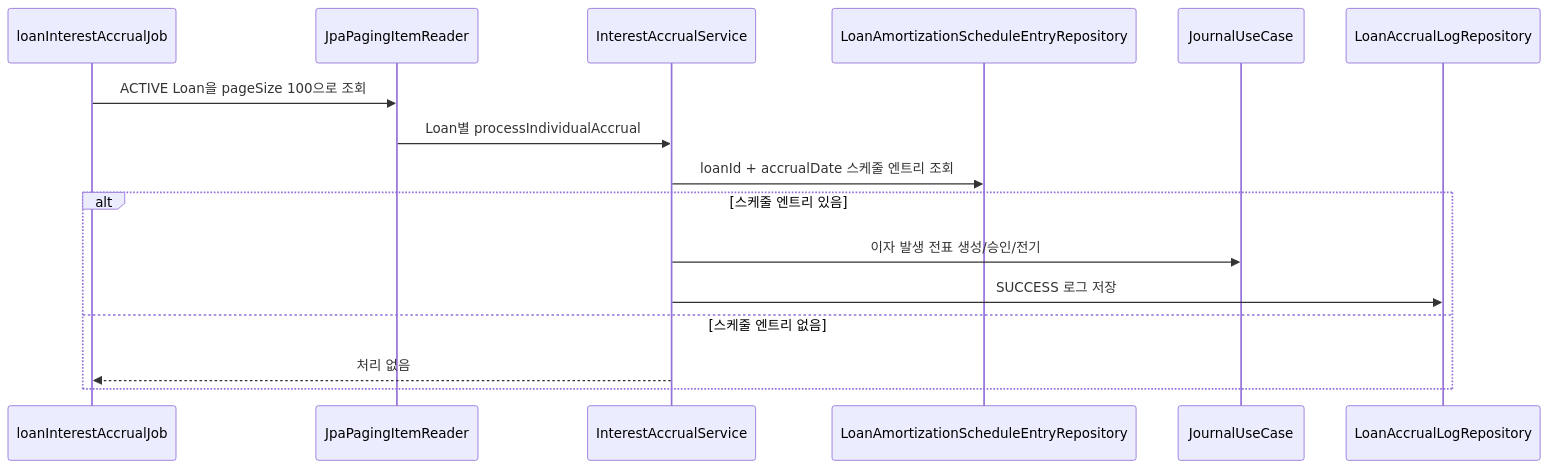
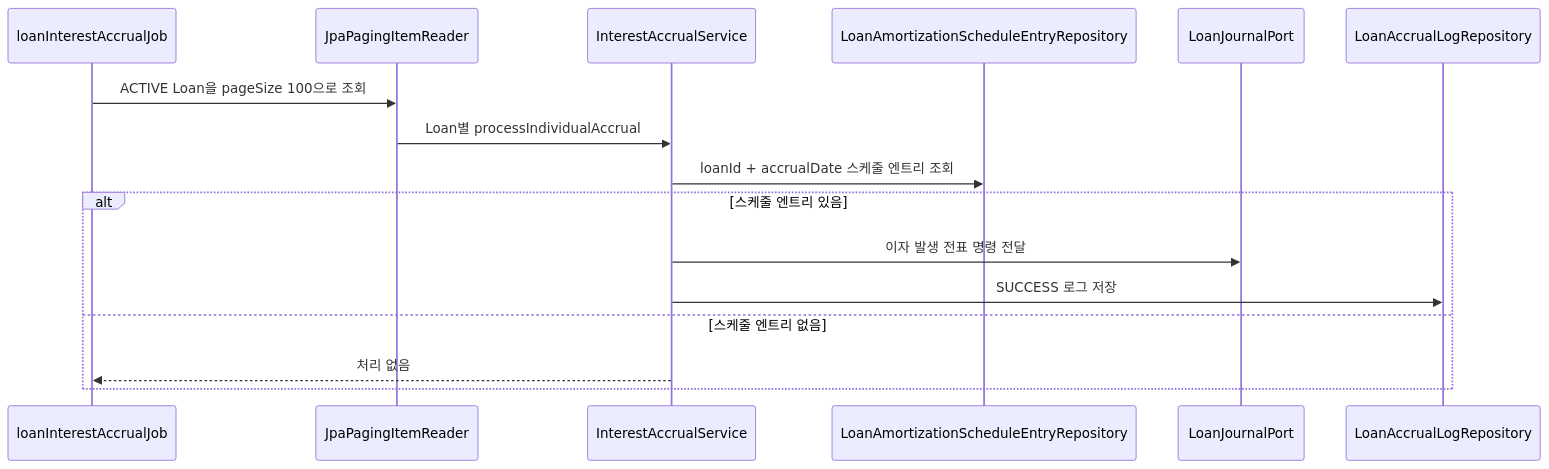
One commit to skyg547/account changed the fourth of 4 diagrams in loan/docs/process-flow.md. Above: the diagram before and after it, drawn with Mermaid. The commit also changed other lines of this file and 25 other files, not shown here.

````diff
--- a/loan/docs/process-flow.md
+++ b/loan/docs/process-flow.md
@@ -73,19 +73,19 @@
 ```mermaid
 sequenceDiagram
     participant Job as loanInterestAccrualJob
     participant Reader as JpaPagingItemReader
     participant Service as InterestAccrualService
     participant Schedule as LoanAmortizationScheduleEntryRepository
-    participant Journal as JournalUseCase
+    participant Journal as LoanJournalPort
     participant Log as LoanAccrualLogRepository
 
     Job->>Reader: ACTIVE Loan을 pageSize 100으로 조회
     Reader->>Service: Loan별 processIndividualAccrual
     Service->>Schedule: loanId + accrualDate 스케줄 엔트리 조회
     alt 스케줄 엔트리 있음
-        Service->>Journal: 이자 발생 전표 생성/승인/전기
+        Service->>Journal: 이자 발생 전표 명령 전달
         Service->>Log: SUCCESS 로그 저장
     else 스케줄 엔트리 없음
         Service-->>Job: 처리 없음
     end
 ```
````
